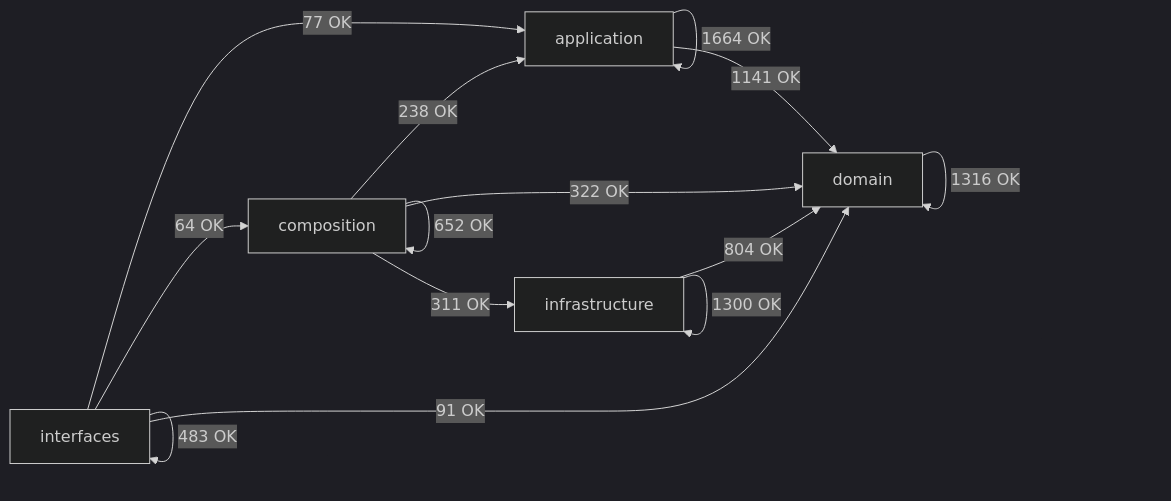
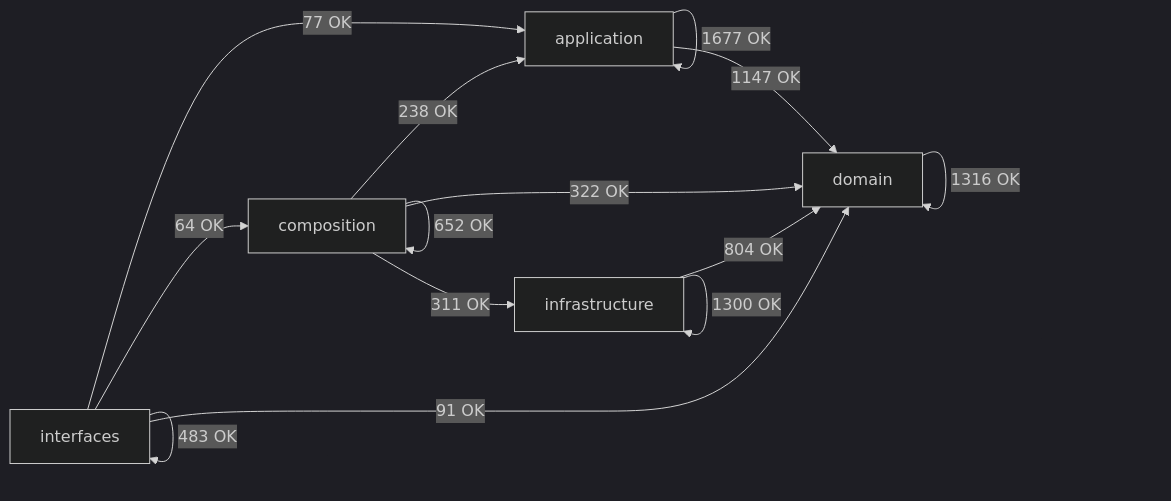
Before and after one commit to SatoryKono/BioactivityDataAcquisition: the diagram in docs/02-architecture/generated/module-dependency-map.md, drawn with Mermaid (dark theme). The commit also changed other lines of this file and 118 other files, not shown here.

````diff
--- a/docs/02-architecture/generated/module-dependency-map.md
+++ b/docs/02-architecture/generated/module-dependency-map.md
@@ -17,21 +17,21 @@
 ```mermaid
 flowchart LR
     domain[domain]
     application[application]
     infrastructure[infrastructure]
     composition[composition]
     interfaces[interfaces]
-    application -->|1664 OK| application
-    application -->|1141 OK| domain
+    application -->|1677 OK| application
+    application -->|1147 OK| domain
     composition -->|238 OK| application
     composition -->|652 OK| composition
     composition -->|322 OK| domain
     composition -->|311 OK| infrastructure
     domain -->|1316 OK| domain
     infrastructure -->|804 OK| domain
     infrastructure -->|1300 OK| infrastructure
     interfaces -->|77 OK| application
     interfaces -->|64 OK| composition
     interfaces -->|91 OK| domain
     interfaces -->|483 OK| interfaces
 ```
````
